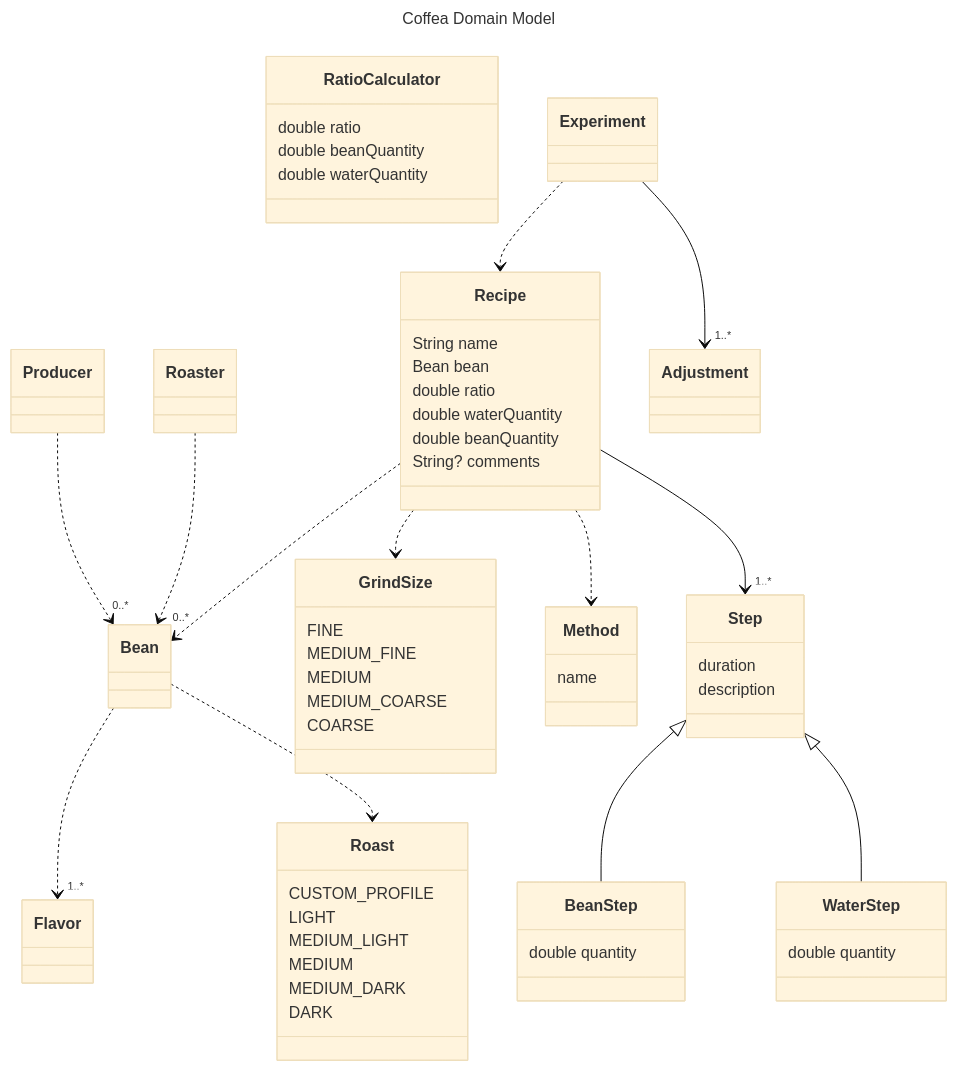
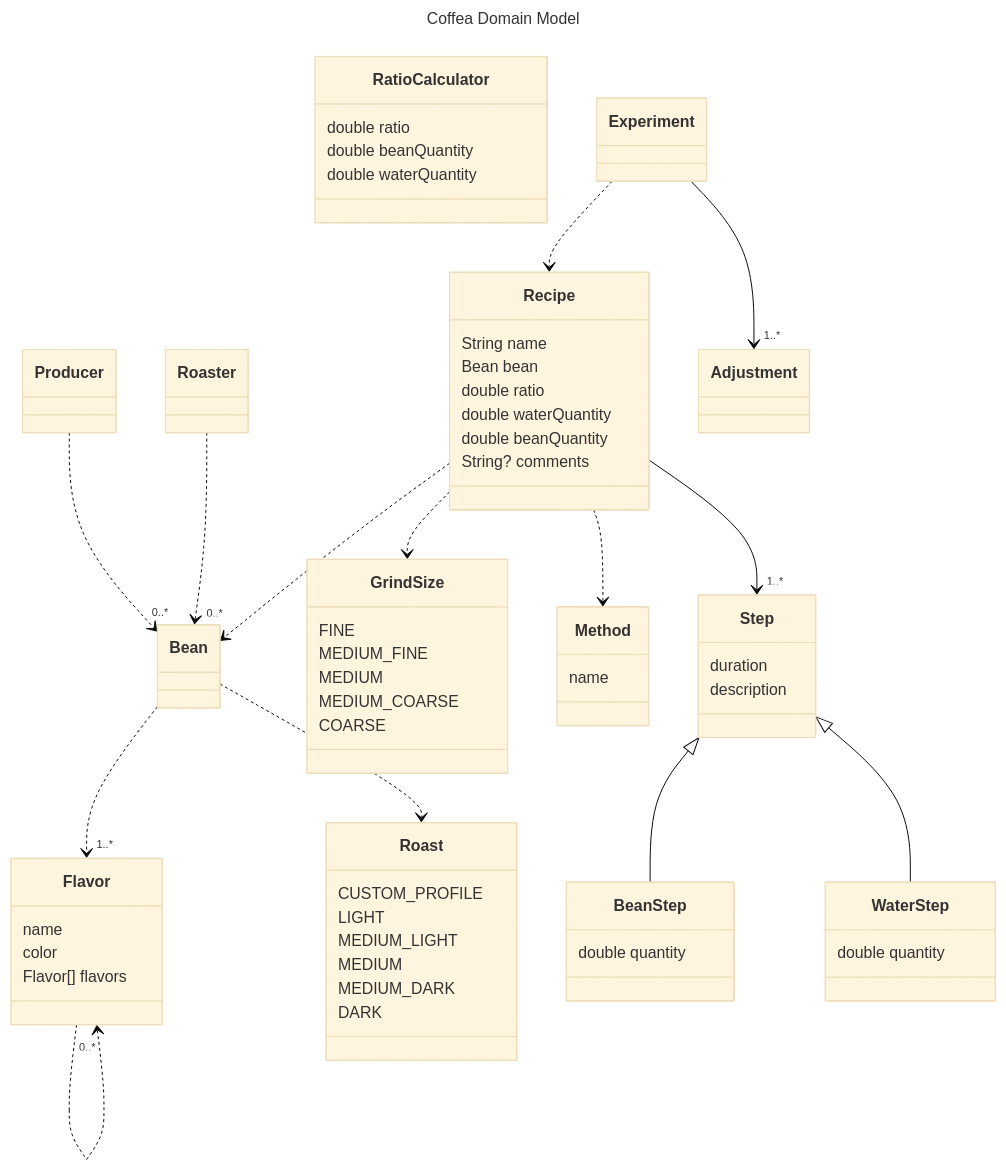
One commit to regmoraes/coffea changed the diagram in docs/domain-model.md. Above: the diagram before and after it, drawn with Mermaid (base theme). The commit also changed 22 other files, not shown here.

```diff
--- a/docs/domain-model.md
+++ b/docs/domain-model.md
@@ -12,7 +12,11 @@
         double waterQuantity
     }
 
-    class Flavor
+    class Flavor {
+        name
+        color
+        Flavor[] flavors
+    }
 
     class Method {
         name
@@ -65,6 +69,7 @@
 
     Bean ..> "1..*" Flavor
     Bean ..> Roast
+    Flavor ..> "0..*" Flavor
     Experiment ..> Recipe
     Experiment --> "1..*" Adjustment
     Producer ..> "0..*" Bean
```
